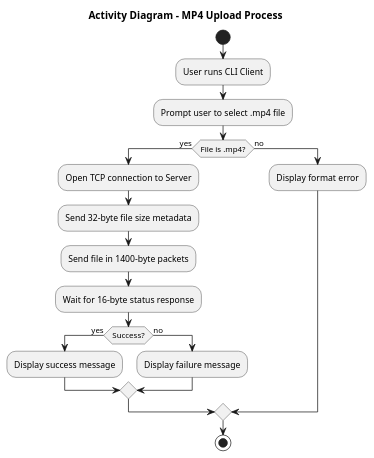
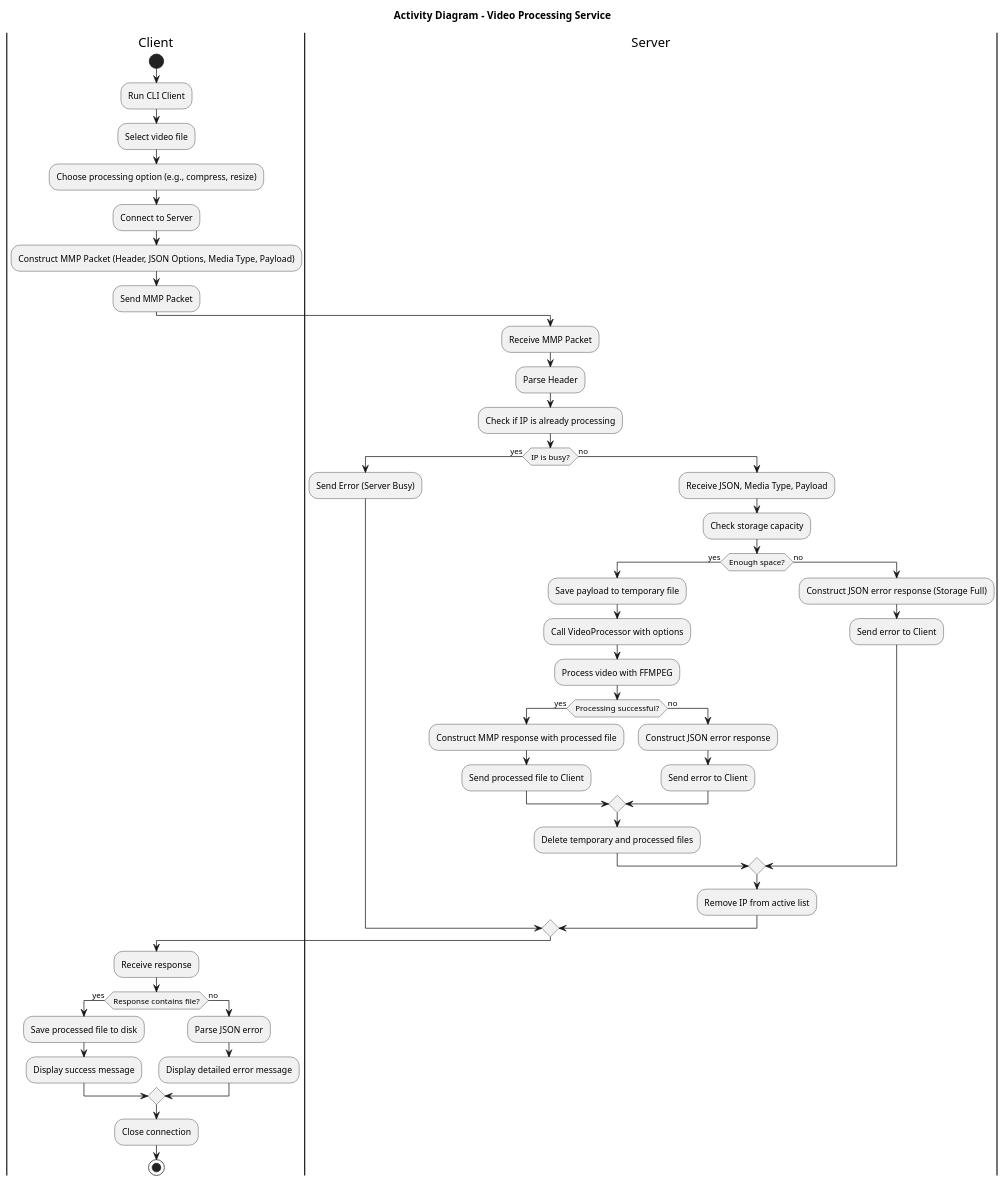
One commit to ksk-aiko/VideoCompressorService changed the diagram in diagrams/activity.pu. Above: the diagram before and after it, drawn with PlantUML. The commit also changed 5 other files, not shown here.

Commit message:
Update diagrams for Video Compressor Service: refine activity, class, component, sequence, and use case diagrams to reflect new processing flow and architecture changes.

```diff
--- a/diagrams/activity.pu
+++ b/diagrams/activity.pu
@@ -1,23 +1,53 @@
 @startuml
-title Activity Diagram - MP4 Upload Process
+title Activity Diagram - Video Processing Service
 
+|Client|
 start
+:Run CLI Client;
+:Select video file;
+:Choose processing option (e.g., compress, resize);
+:Connect to Server;
+:Construct MMP Packet (Header, JSON Options, Media Type, Payload);
+:Send MMP Packet;
 
-:User runs CLI Client;
-:Prompt user to select .mp4 file;
-if (File is .mp4?) then (yes)
-  :Open TCP connection to Server;
-  :Send 32-byte file size metadata;
-  :Send file in 1400-byte packets;
-  :Wait for 16-byte status response;
-  if (Success?) then (yes)
-    :Display success message;
+|Server|
+:Receive MMP Packet;
+:Parse Header;
+:Check if IP is already processing;
+if (IP is busy?) then (yes)
+  :Send Error (Server Busy);
+else (no)
+  :Receive JSON, Media Type, Payload;
+  :Check storage capacity;
+  if (Enough space?) then (yes)
+    :Save payload to temporary file;
+    :Call VideoProcessor with options;
+    :Process video with FFMPEG;
+    if (Processing successful?) then (yes)
+      :Construct MMP response with processed file;
+      :Send processed file to Client;
+    else (no)
+      :Construct JSON error response;
+      :Send error to Client;
+    endif
+    :Delete temporary and processed files;
   else (no)
-    :Display failure message;
+    :Construct JSON error response (Storage Full);
+    :Send error to Client;
   endif
+  :Remove IP from active list;
+endif
+
+|Client|
+:Receive response;
+if (Response contains file?) then (yes)
+  :Save processed file to disk;
+  :Display success message;
 else (no)
-  :Display format error;
+  :Parse JSON error;
+  :Display detailed error message;
 endif
+:Close connection;
 
 stop
 @enduml
```
